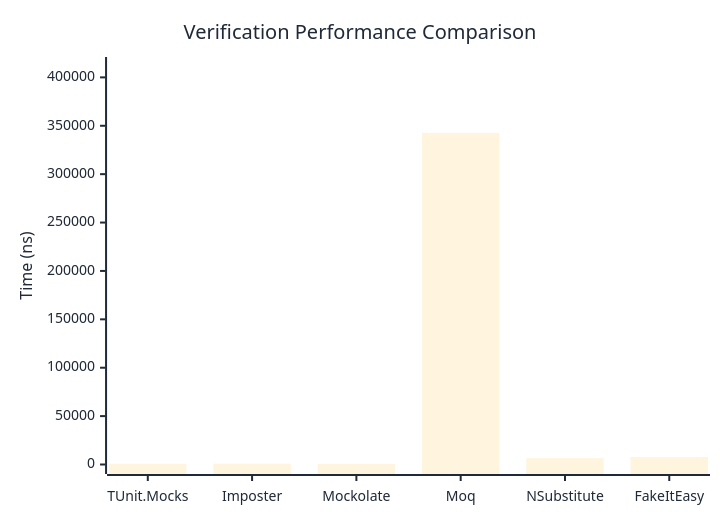
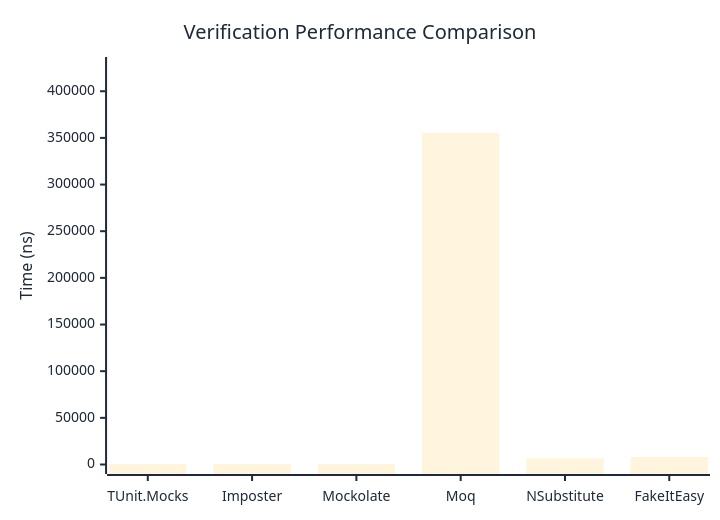
The first of 3 diagrams in docs/docs/benchmarks/mocks/Verification.md (thomhurst/TUnit), drawn with Mermaid before and after one commit. The commit also changed other lines of this file and 14 other files, not shown here.

````diff
--- a/docs/docs/benchmarks/mocks/Verification.md
+++ b/docs/docs/benchmarks/mocks/Verification.md
@@ -30,27 +30,27 @@
 ```mermaid
 %%{init: {
   'theme':'base',
   'themeVariables': {
     'primaryColor': '#2563eb',
     'primaryTextColor': '#1f2937',
     'primaryBorderColor': '#1e40af',
     'lineColor': '#6b7280',
     'secondaryColor': '#7c3aed',
     'tertiaryColor': '#dc2626',
     'background': '#ffffff',
     'pie1': '#2563eb',
     'pie2': '#7c3aed',
     'pie3': '#dc2626',
     'pie4': '#f59e0b',
     'pie5': '#10b981',
     'pie6': '#06b6d4',
     'pie7': '#ec4899',
     'pie8': '#6366f1'
   }
 }}%%
 xychart-beta
   title "Verification Performance Comparison"
   x-axis ["TUnit.Mocks", "Imposter", "Mockolate", "Moq", "NSubstitute", "FakeItEasy"]
-  y-axis "Time (ns)" 0 --> 411241
-  bar [716, 773.07, 439.18, 342700.61, 6453.89, 7761.64]
+  y-axis "Time (ns)" 0 --> 426508
+  bar [731.1, 787.3, 468.03, 355422.97, 6626.39, 8104.45]
 ```
````
